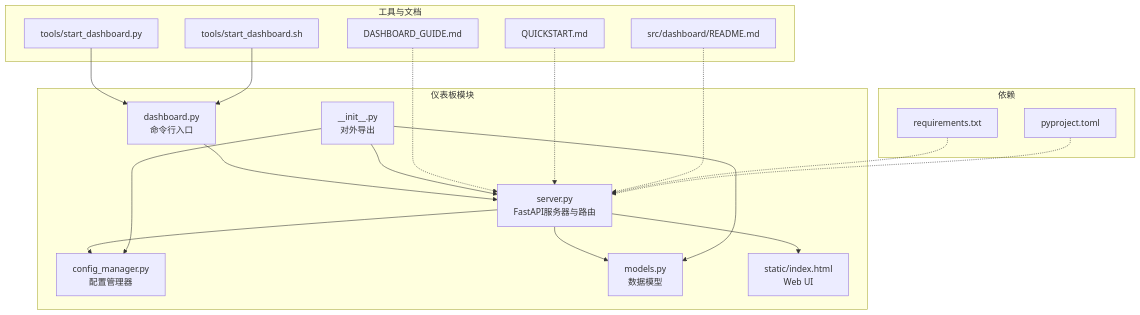
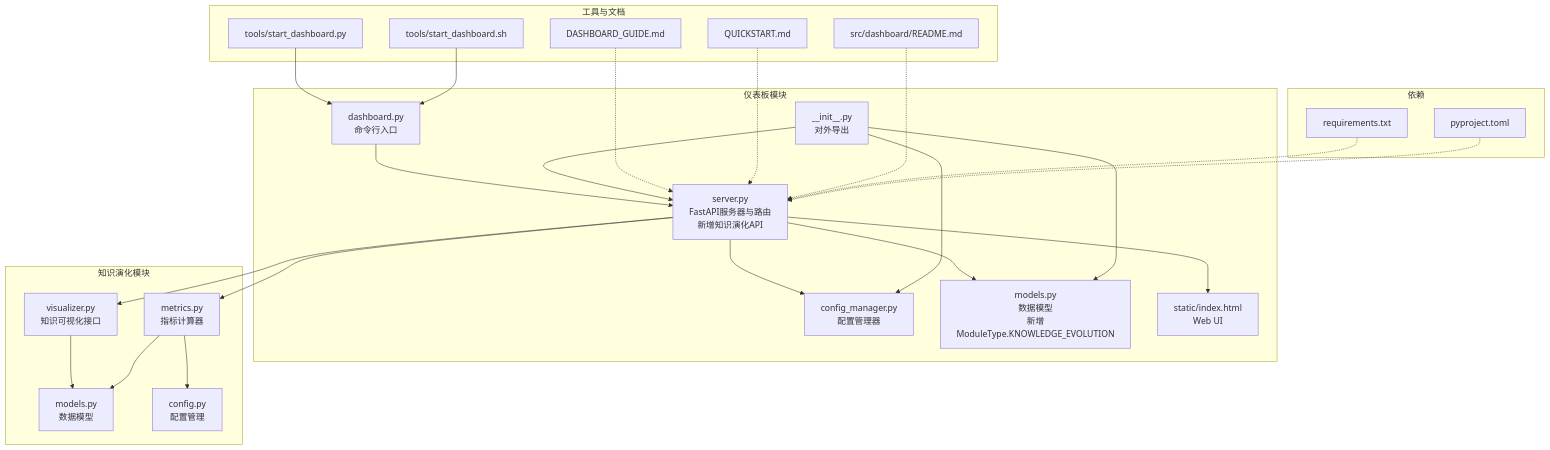
Before and after one commit to JieGaoPrinceton/NecoRAG: the first of 9 diagrams in .qoder/repowiki/zh/content/仪表板系统/仪表板系统.md, drawn with Mermaid. The commit also changed other lines of this file and 15 other files, not shown here.

````diff
--- a/.qoder/repowiki/zh/content/仪表板系统/仪表板系统.md
+++ b/.qoder/repowiki/zh/content/仪表板系统/仪表板系统.md
@@ -48,36 +65,47 @@
 ```mermaid
 graph TB
 subgraph "仪表板模块"
-A["server.py<br/>FastAPI服务器与路由"]
+A["server.py<br/>FastAPI服务器与路由<br/>新增知识演化API"]
 B["config_manager.py<br/>配置管理器"]
-C["models.py<br/>数据模型"]
+C["models.py<br/>数据模型<br/>新增ModuleType.KNOWLEDGE_EVOLUTION"]
 D["static/index.html<br/>Web UI"]
 E["dashboard.py<br/>命令行入口"]
 F["__init__.py<br/>对外导出"]
+end
+subgraph "知识演化模块"
+K["visualizer.py<br/>知识可视化接口"]
+M["metrics.py<br/>指标计算器"]
+N["models.py<br/>数据模型"]
+P["config.py<br/>配置管理"]
 end
 subgraph "工具与文档"
 T1["tools/start_dashboard.py"]
 T2["tools/start_dashboard.sh"]
 DOC1["DASHBOARD_GUIDE.md"]
 DOC2["QUICKSTART.md"]
 DOC3["src/dashboard/README.md"]
 end
 subgraph "依赖"
 R1["requirements.txt"]
 R2["pyproject.toml"]
 end
 E --> A
 A --> B
 A --> C
 A --> D
+A --> K
+A --> M
 F --> A
 F --> B
 F --> C
+K --> N
+M --> N
+M --> P
 T1 --> E
 T2 --> E
 DOC1 -.-> A
 DOC2 -.-> A
 DOC3 -.-> A
 R1 -.-> A
 R2 -.-> A
 ```
````
